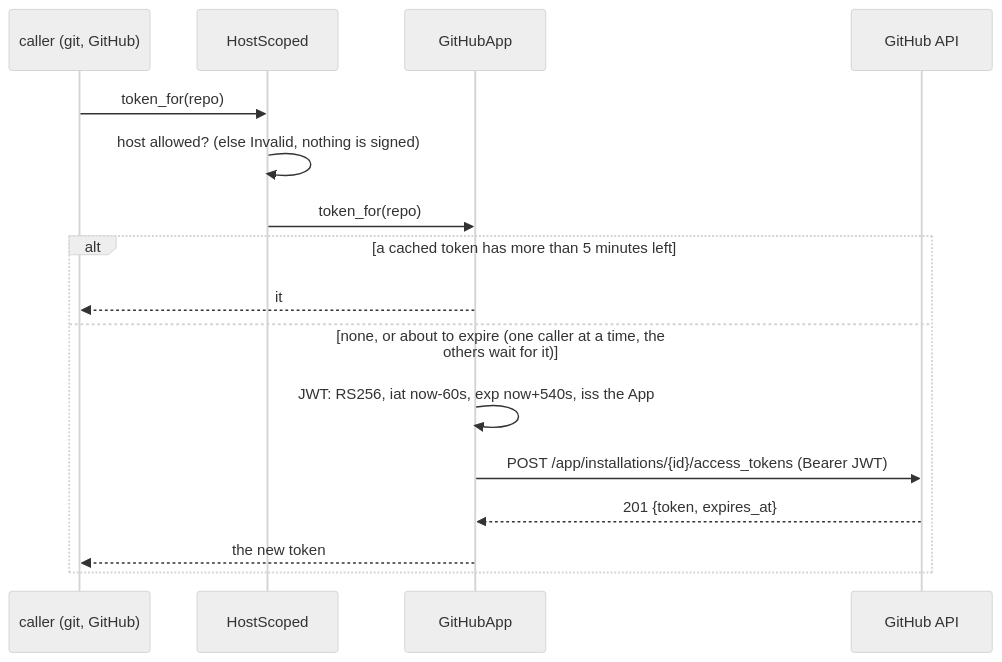
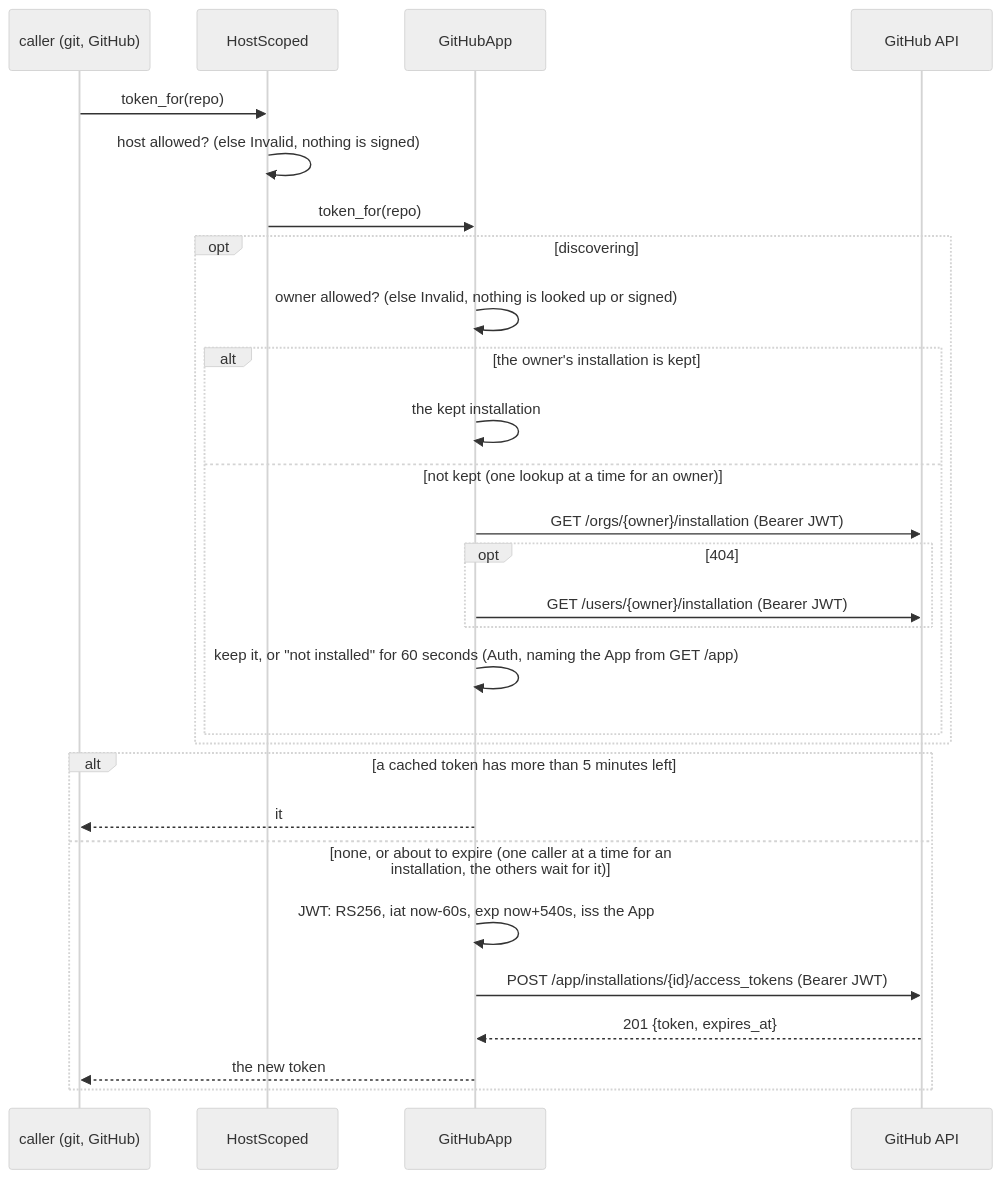
Before and after one commit to vymalo/another-adam-rs: the third of 7 diagrams in crates/adam-workspace/README.md, drawn with Mermaid (neutral theme). The commit also changed other lines of this file and 5 other files, not shown here.

First line of the commit message:
feat(adam-workspace): a GitHub App finds the installation of each owner

````diff
--- a/crates/adam-workspace/README.md
+++ b/crates/adam-workspace/README.md
@@ -197,18 +210,30 @@
 ```mermaid
 sequenceDiagram
   participant C as caller (git, GitHub)
   participant H as HostScoped
   participant A as GitHubApp
   participant G as GitHub API
   C->>H: token_for(repo)
   H->>H: host allowed? (else Invalid, nothing is signed)
   H->>A: token_for(repo)
+  opt discovering
+    A->>A: owner allowed? (else Invalid, nothing is looked up or signed)
+    alt the owner's installation is kept
+      A->>A: the kept installation
+    else not kept (one lookup at a time for an owner)
+      A->>G: GET /orgs/{owner}/installation (Bearer JWT)
+      opt 404
+        A->>G: GET /users/{owner}/installation (Bearer JWT)
+      end
+      A->>A: keep it, or "not installed" for 60 seconds (Auth, naming the App from GET /app)
+    end
+  end
   alt a cached token has more than 5 minutes left
     A-->>C: it
-  else none, or about to expire (one caller at a time, the others wait for it)
+  else none, or about to expire (one caller at a time for an installation, the others wait for it)
     A->>A: JWT: RS256, iat now-60s, exp now+540s, iss the App
     A->>G: POST /app/installations/{id}/access_tokens (Bearer JWT)
     G-->>A: 201 {token, expires_at}
     A-->>C: the new token
   end
 ```
````
